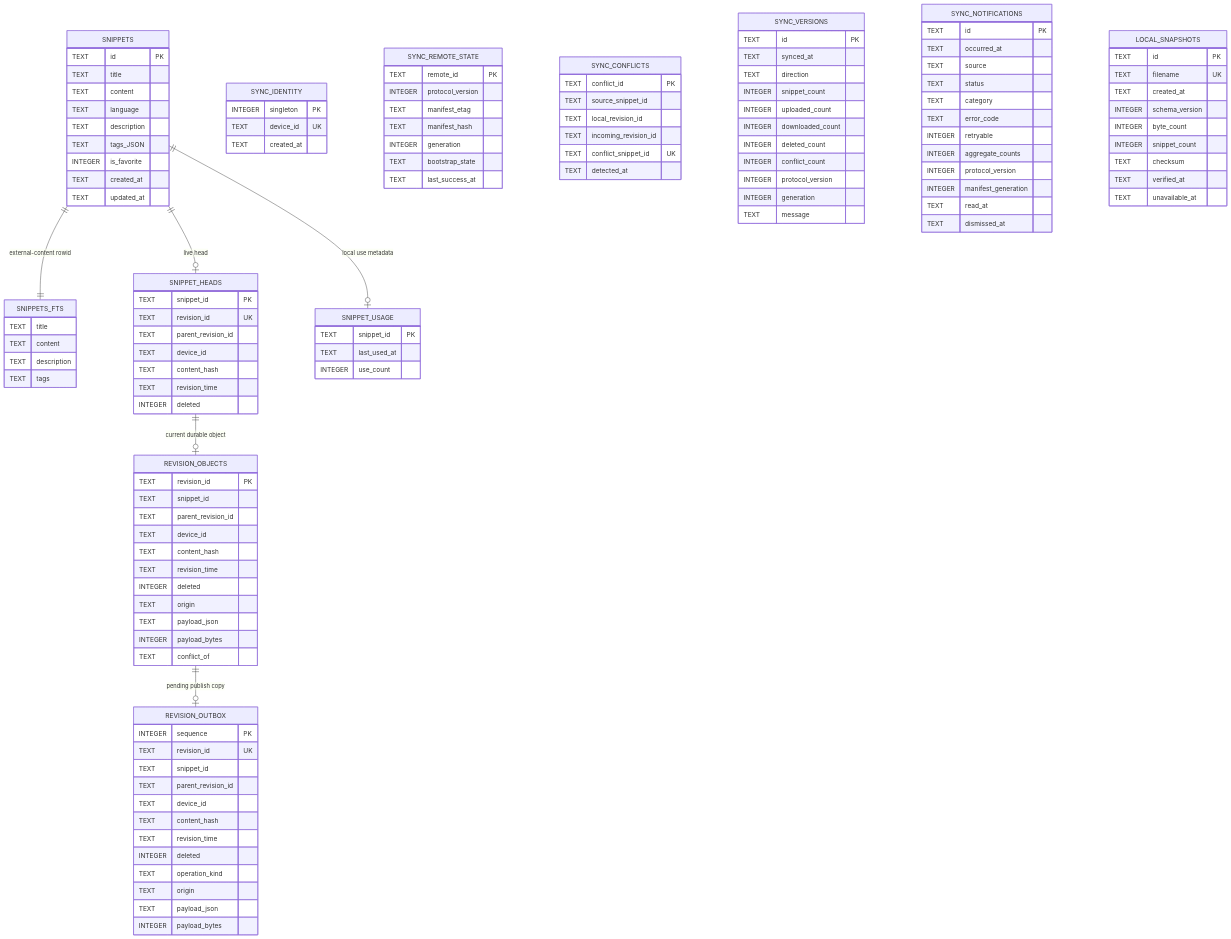
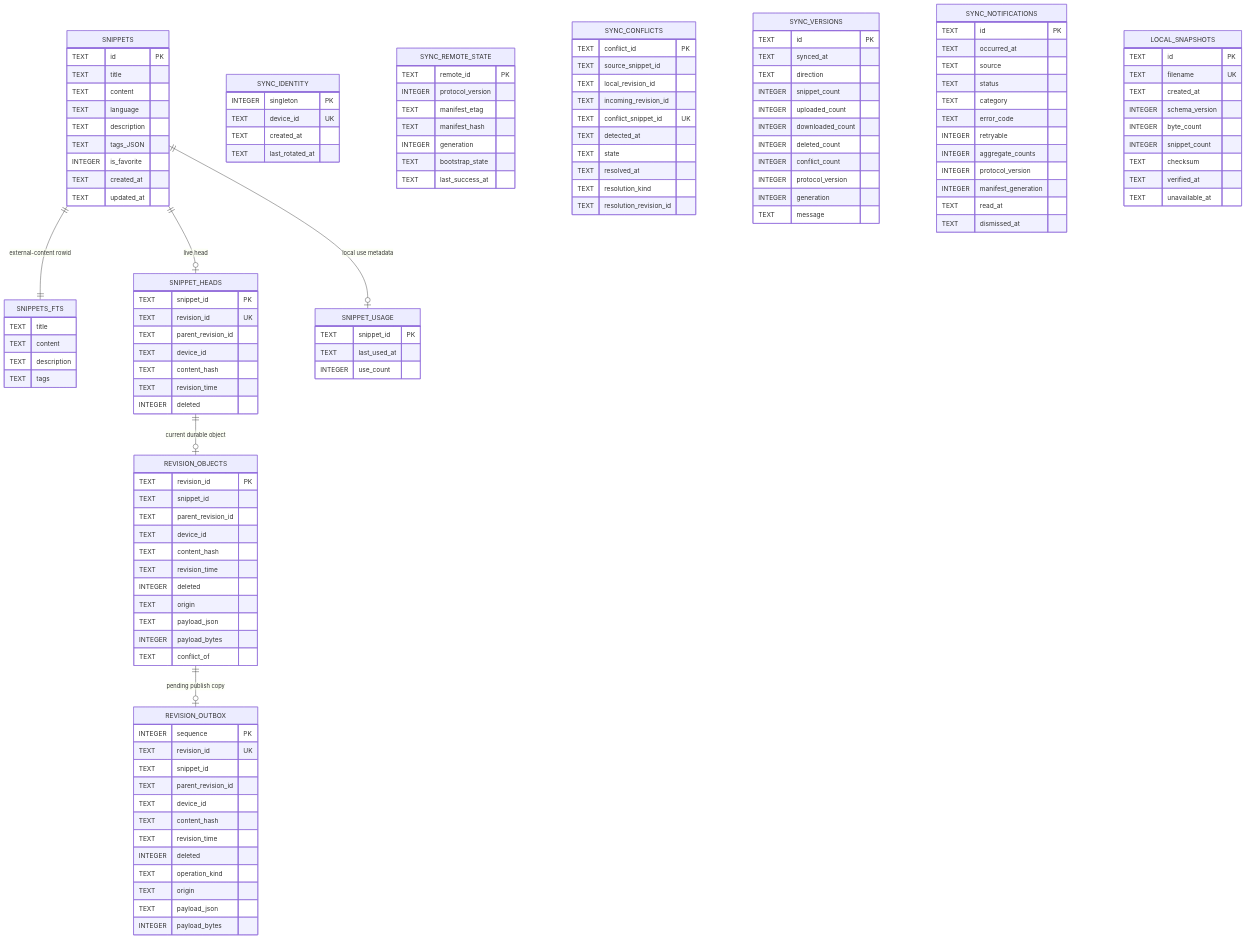
One commit to rainerosion/snipvault changed the fifth of 8 diagrams in docs/architecture.md. Above: the diagram before and after it, drawn with Mermaid. The commit also changed other lines of this file and 27 other files, not shown here.

```diff
--- a/docs/architecture.md
+++ b/docs/architecture.md
@@ -559,6 +563,7 @@
         INTEGER singleton PK
         TEXT device_id UK
         TEXT created_at
+        TEXT last_rotated_at
     }
 
     SNIPPET_USAGE {
@@ -626,6 +631,10 @@
         TEXT incoming_revision_id
         TEXT conflict_snippet_id UK
         TEXT detected_at
+        TEXT state
+        TEXT resolved_at
+        TEXT resolution_kind
+        TEXT resolution_revision_id
     }
 
     SYNC_VERSIONS {
```
